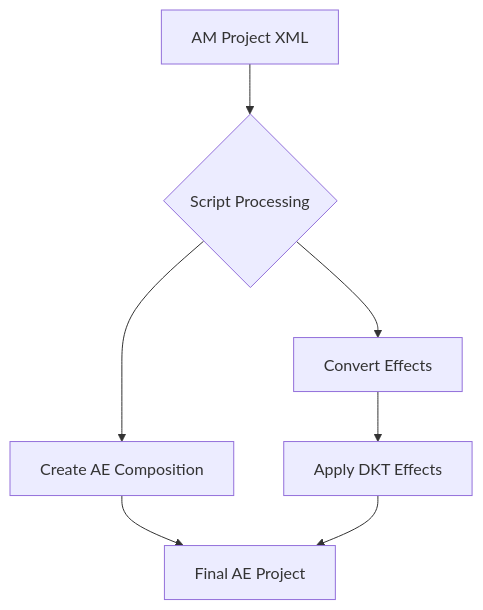
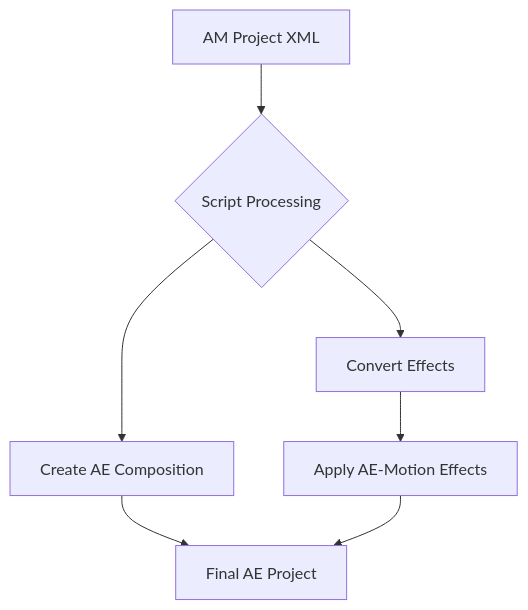
Before and after one commit to AstridKI/Astrid_AM-AE: the diagram in README.md, drawn with Mermaid. The commit also changed other lines of this file, not shown here.

````diff
--- a/README.md
+++ b/README.md
@@ -27,9 +27,9 @@
 ```mermaid
 graph TD
     A[AM Project XML] --> B{Script Processing}
     B --> C[Create AE Composition]
     B --> D[Convert Effects]
-    D --> E[Apply DKT Effects]
+    D --> E[Apply AE-Motion Effects]
     C --> G[Final AE Project]
     E --> G
 ```
````
